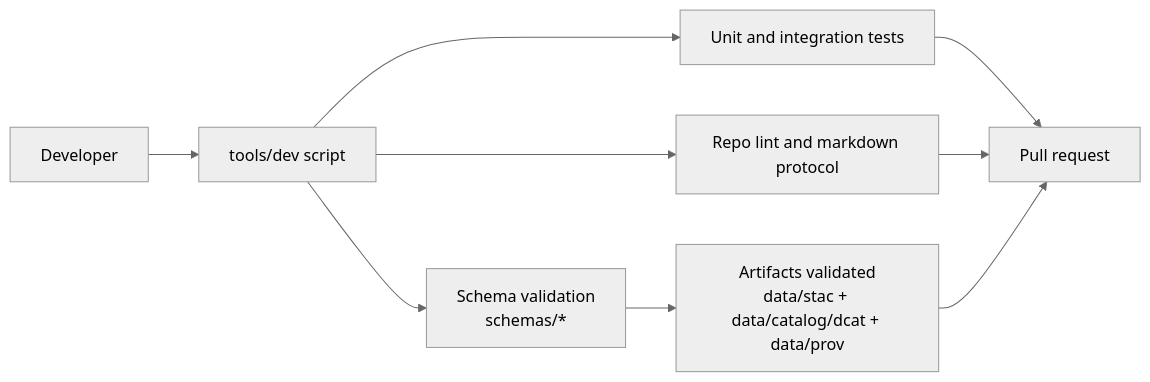
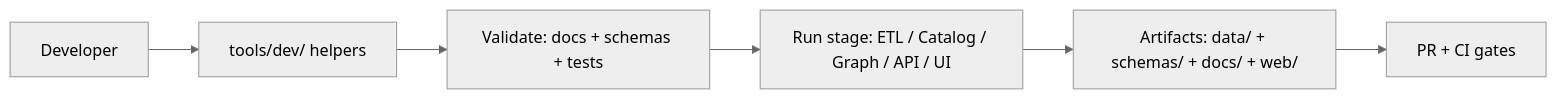
The diagram in tools/dev/README.md (bartytime4life/Kansas-Frontier-Matrix), drawn with Mermaid (neutral theme) before and after one commit. The commit also changed other lines of this file, not shown here.

```diff
--- a/tools/dev/README.md
+++ b/tools/dev/README.md
@@ -111,11 +166,8 @@
 ~~~mermaid
 flowchart LR
-  DEV[Developer] --> TOOL[tools/dev script]
-  TOOL --> LINT[Repo lint and markdown protocol]
-  TOOL --> SCHEMA[Schema validation<br/>schemas/*]
-  TOOL --> TESTS[Unit and integration tests]
-  SCHEMA --> ARTIFACTS[Artifacts validated<br/>data/stac + data/catalog/dcat + data/prov]
-  TESTS --> PR[Pull request]
-  LINT --> PR
-  ARTIFACTS --> PR
+  Dev[Developer] --> Tools[tools/dev/ helpers]
+  Tools --> Validate[Validate: docs + schemas + tests]
+  Validate --> RunStage[Run stage: ETL / Catalog / Graph / API / UI]
+  RunStage --> Artifacts[Artifacts: data/ + schemas/ + docs/ + web/]
+  Artifacts --> PR[PR + CI gates]
 ~~~
```
